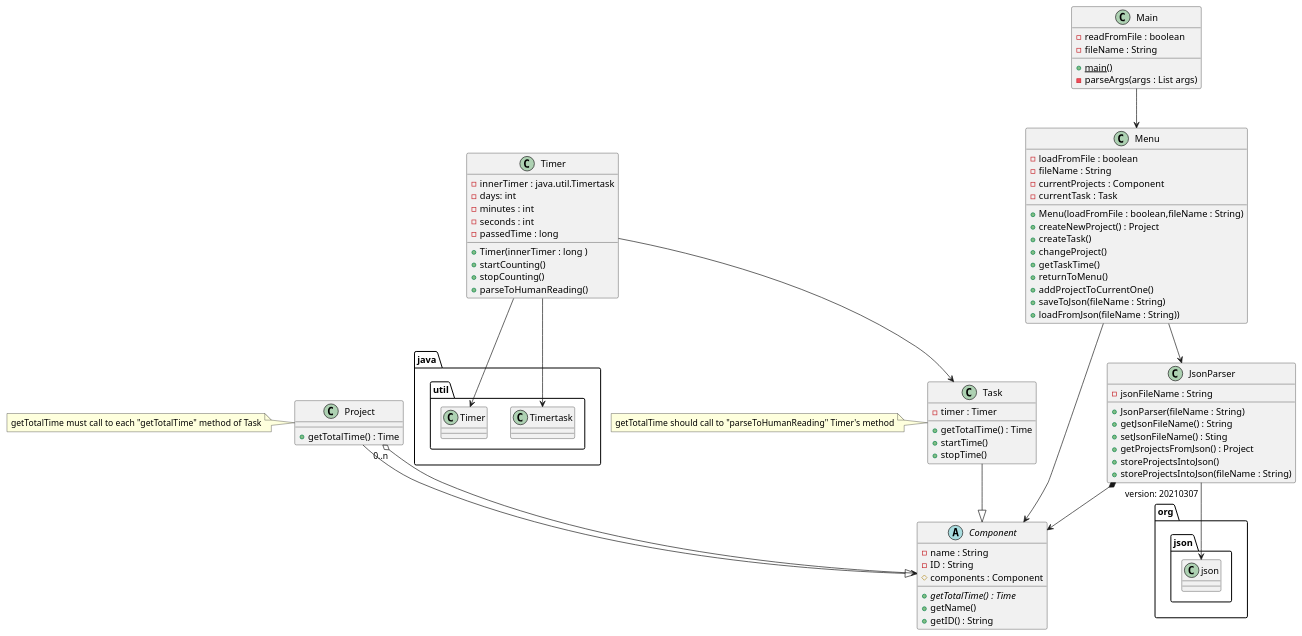
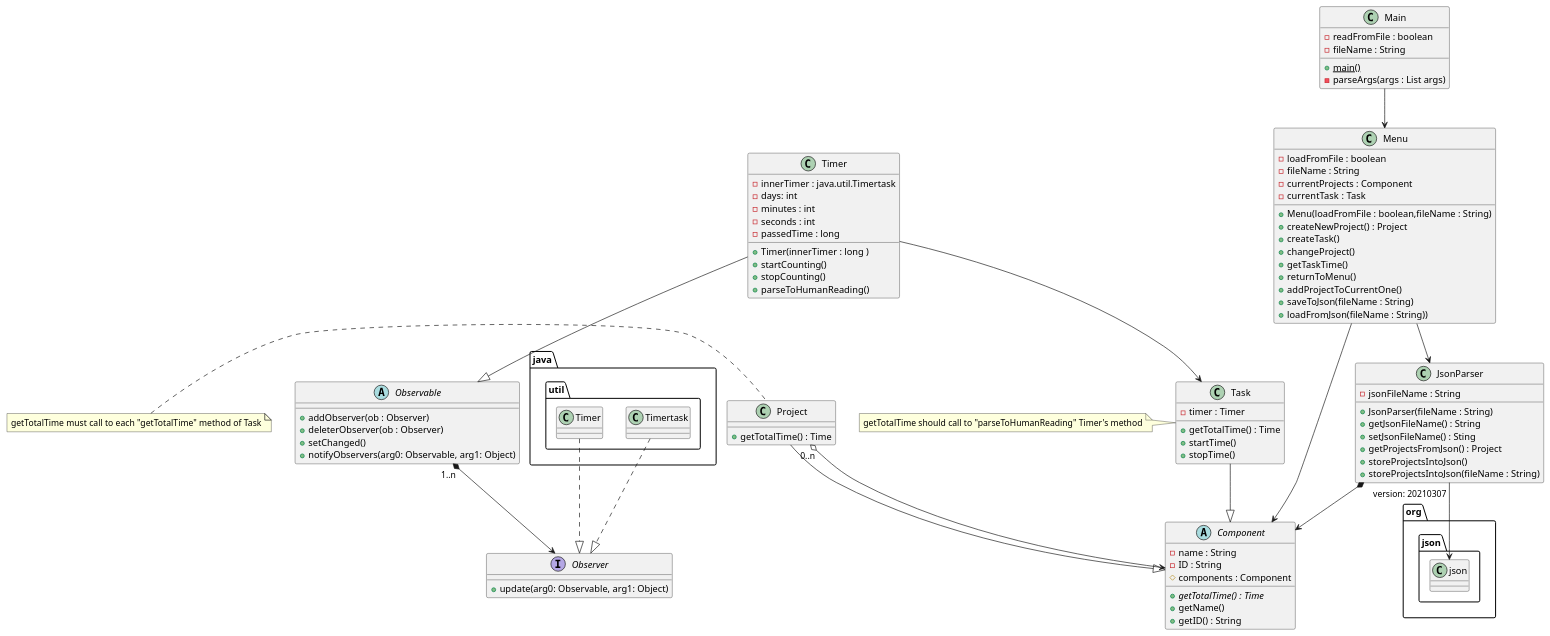
The diagram in src/main/resources/design.puml (gaspar44/time-tracking), drawn with PlantUML before and after one commit. The commit also changed 7 other files, not shown here.

Commit message:
Añadido Observable y Observer

```diff
--- a/src/main/resources/design.puml
+++ b/src/main/resources/design.puml
@@ -1,85 +1,107 @@
 @startuml
 abstract class Component {
     - name : String
     - ID : String
     # components : Component
     + {abstract} getTotalTime() : Time
     + getName()
     + getID() : String
 }
+
+abstract class Observable{
+
++ addObserver(ob : Observer)
++ deleterObserver(ob : Observer)
++ setChanged()
++ notifyObservers(arg0: Observable, arg1: Object)
+
+}
+
+interface Observer {
+
++ update(arg0: Observable, arg1: Object)
+
+}
+
 
 class Project {
     + getTotalTime() : Time
 }
 
 class Task {
     - timer : Timer
     + getTotalTime() : Time
     + startTime()
     + stopTime()
 }
 
 class Timer {
     - innerTimer : java.util.Timertask
     - days: int
     - minutes : int
     - seconds : int
     - passedTime : long
     + Timer(innerTimer : long )
     + startCounting()
     + stopCounting()
     + parseToHumanReading()
 }
 
 class JsonParser {
     - jsonFileName : String
     + JsonParser(fileName : String)
     + getJsonFileName() : String
     + setJsonFileName() : Sting
     + getProjectsFromJson() : Project
     + storeProjectsIntoJson()
     + storeProjectsIntoJson(fileName : String)
 }
 
 class Main {
     - readFromFile : boolean
     - fileName : String
     + {static} main()
     - parseArgs(args : List args)
 }
 
 class Menu {
     - loadFromFile : boolean
     - fileName : String
     - currentProjects : Component
     - currentTask : Task
     + Menu(loadFromFile : boolean,fileName : String)
     + createNewProject() : Project
     + createTask()
     + changeProject()
     + getTaskTime()
     + returnToMenu()
     + addProjectToCurrentOne()
     + saveToJson(fileName : String)
     + loadFromJson(fileName : String))
 }
 
 note left of Project {
     getTotalTime must call to each "getTotalTime" method of Task
 }
 
 note left of Task {
     getTotalTime should call to "parseToHumanReading" Timer's method
 }
 Project --|> Component
 Task --|> Component
 JsonParser "version: 20210307" --> org.json.json
-Timer --> java.util.Timertask
-Timer --> java.util.Timer
+java.util.Timertask ..|> Observer
+java.util.Timer ..|> Observer
 Main --> Menu
 Menu --> JsonParser
 JsonParser *--> Component
 Project "0..n" o--> Component
 Timer --> Task
 Menu --> Component
+Observable "1..n "*--> Observer
+Timer --|> Observable
+
+
+
+
 @enduml
```
